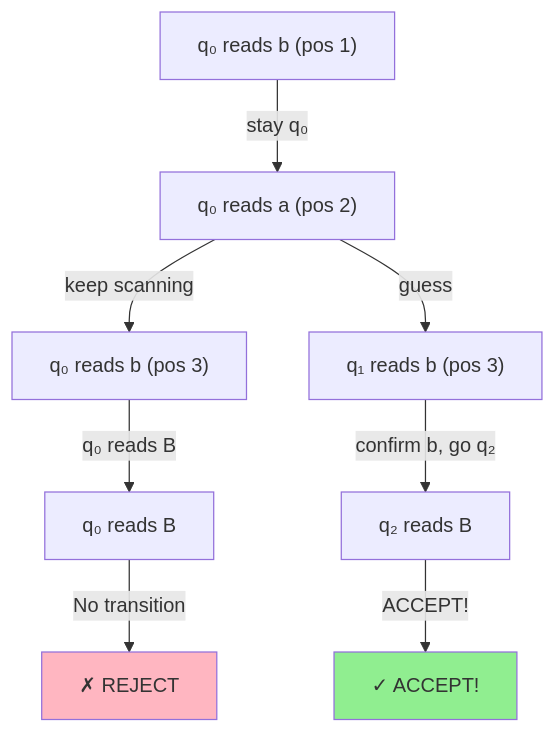
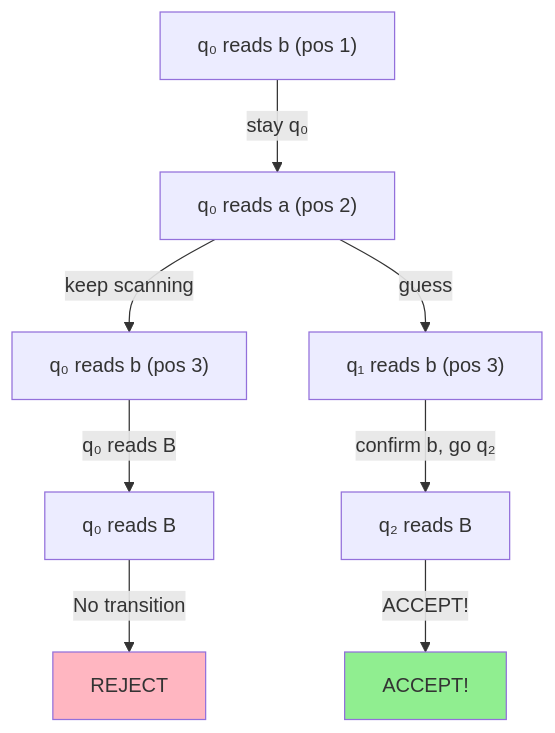
One commit to Vtheonly/Obsidian_Notes changed the seventh of 10 diagrams in Master 1/S2/Complexity and Advanced Algorithms old/old/Course/Chapter 1. Calculability/12 Non-Deterministic Turing Machines.md. Above: the diagram before and after it, drawn with Mermaid. The commit also changed other lines of this file and 148 other files, not shown here.

````diff
--- a/Master 1/S2/Complexity and Advanced Algorithms old/old/Course/Chapter 1. Calculability/12 Non-Deterministic Turing Machines.md
+++ b/Master 1/S2/Complexity and Advanced Algorithms old/old/Course/Chapter 1. Calculability/12 Non-Deterministic Turing Machines.md
@@ -340,20 +340,20 @@
 ```mermaid
 graph TD
     BAB0["q₀ reads b (pos 1)"]
     BAB1["q₀ reads a (pos 2)"]
     BAB2["q₀ reads b (pos 3)"]
     BAB3["q₁ reads b (pos 3)"]
     BAB4["q₂ reads B"]
     BAB5["q₀ reads B"]
 
     BAB0 -->|"stay q₀"| BAB1
     BAB1 -->|"keep scanning"| BAB2
     BAB1 -->|"guess"| BAB3
     BAB2 -->|"q₀ reads B"| BAB5
     BAB3 -->|"confirm b, go q₂"| BAB4
-    BAB5 -->|"No transition"| R1["✗ REJECT"]
-    BAB4 -->|"ACCEPT!"| ACC["✓ ACCEPT!"]
+    BAB5 -->|"No transition"| R1[" REJECT"]
+    BAB4 -->|"ACCEPT!"| ACC[" ACCEPT!"]
 
     style R1 fill:#FFB6C1
     style ACC fill:#90EE90
 ```
````
